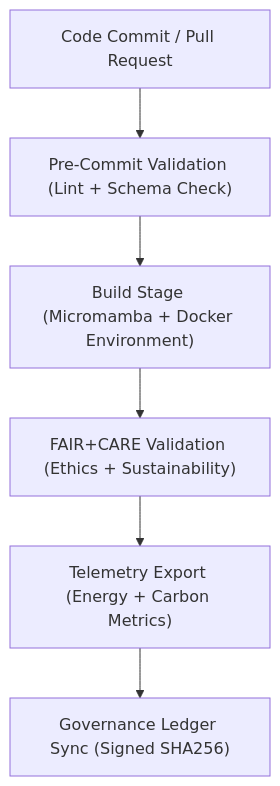
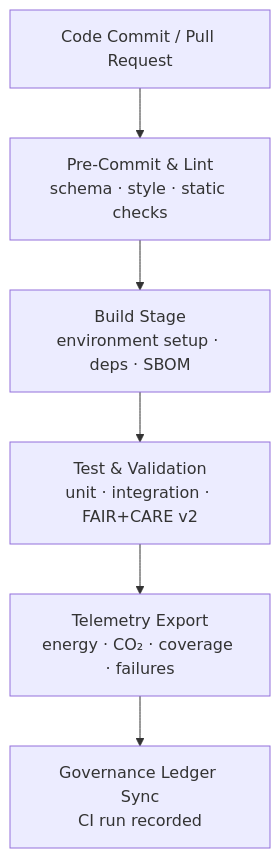
One commit to bartytime4life/Kansas-Frontier-Matrix changed the first of 2 diagrams in docs/guides/workflows/ci-pipeline.md. Above: the diagram before and after it, drawn with Mermaid. The commit also changed other lines of this file, not shown here.

`````diff
--- a/docs/guides/workflows/ci-pipeline.md
+++ b/docs/guides/workflows/ci-pipeline.md
@@ -63,8 +76,9 @@
 ```mermaid
 flowchart TD
-A["Code Commit / Pull Request"] --> B["Pre-Commit Validation (Lint + Schema Check)"]
-B --> C["Build Stage (Micromamba + Docker Environment)"]
-C --> D["FAIR+CARE Validation (Ethics + Sustainability)"]
-D --> E["Telemetry Export (Energy + Carbon Metrics)"]
-E --> F["Governance Ledger Sync (Signed SHA256)"]
-```
+
+A["Code Commit / Pull Request"] --> B["Pre-Commit & Lint<br/>schema · style · static checks"]
+B --> C["Build Stage<br/>environment setup · deps · SBOM"]
+C --> D["Test & Validation<br/>unit · integration · FAIR+CARE v2"]
+D --> E["Telemetry Export<br/>energy · CO₂ · coverage · failures"]
+E --> F["Governance Ledger Sync<br/>CI run recorded"]
+````
`````
